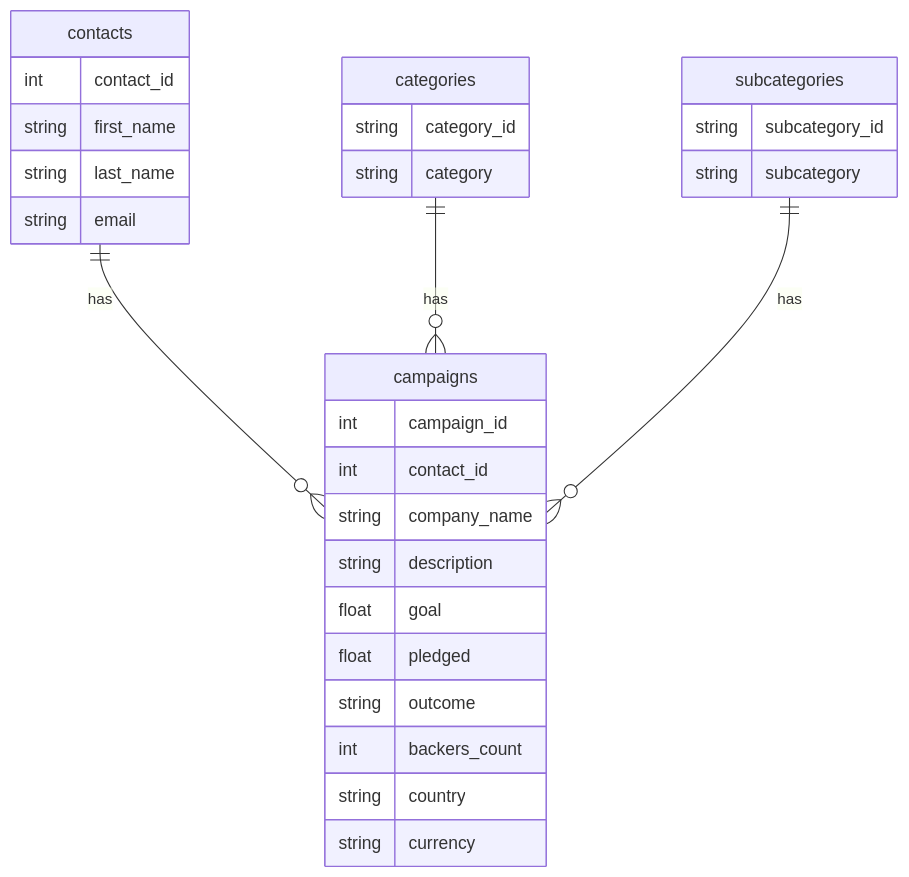
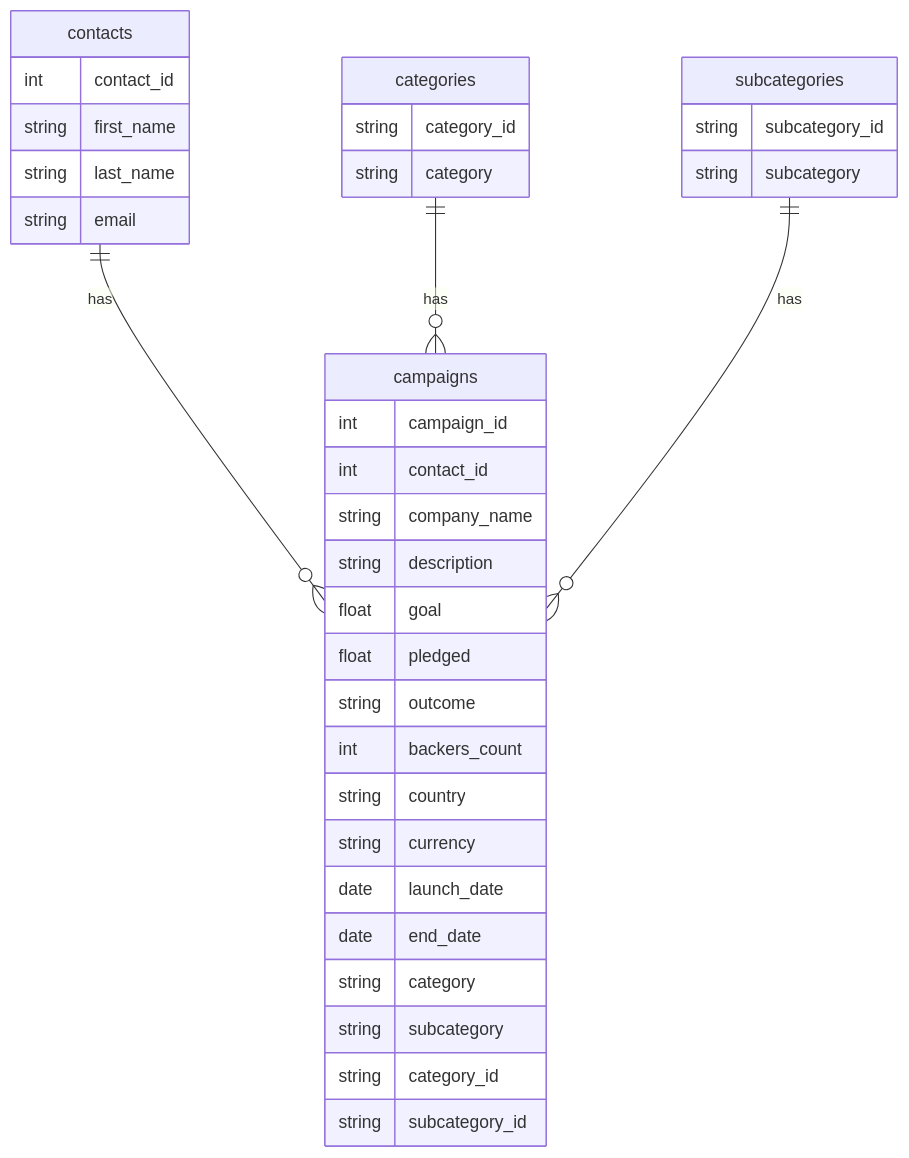
Before and after one commit to ConstCorrectness/ETLPipeline: the diagram in README.md, drawn with Mermaid. The commit also changed other lines of this file and 1 other file, not shown here.

Commit message:
added ERD png

````diff
--- a/README.md
+++ b/README.md
@@ -21,38 +26,43 @@
 ```mermaid
 erDiagram
 
     contacts ||--o{ campaigns: has
     categories ||--o{ campaigns: has    
     subcategories ||--o{ campaigns: has
 
     categories {
         string category_id
         string category
     }
 
     subcategories {
         string subcategory_id
         string subcategory
     }
 
     contacts {
         int contact_id
         string first_name
         string last_name
         string email
     }
 
     campaigns {
         int campaign_id
         int contact_id
         string company_name
         string description
         float goal
         float pledged
         string outcome
         int backers_count
         string country
         string currency
-        
+        date launch_date
+        date end_date
+        string category
+        string subcategory
+        string category_id
+        string subcategory_id
     }
 ```
````
